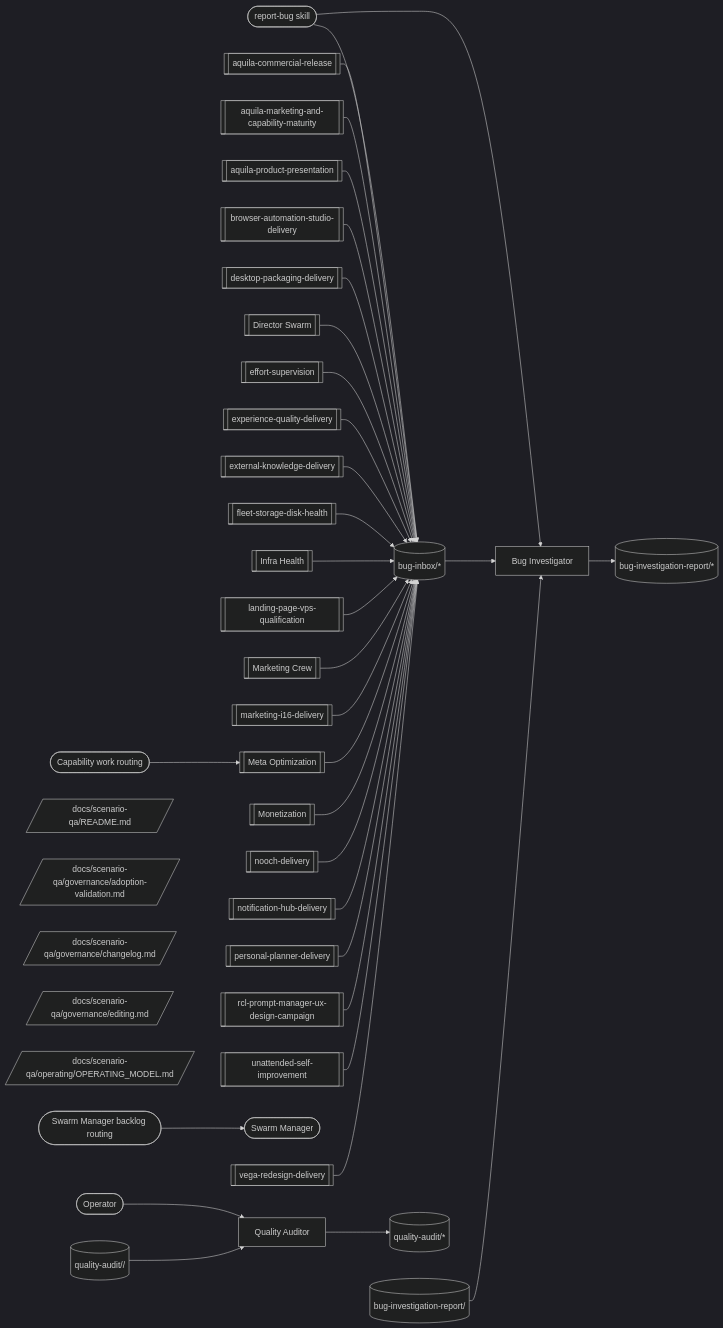
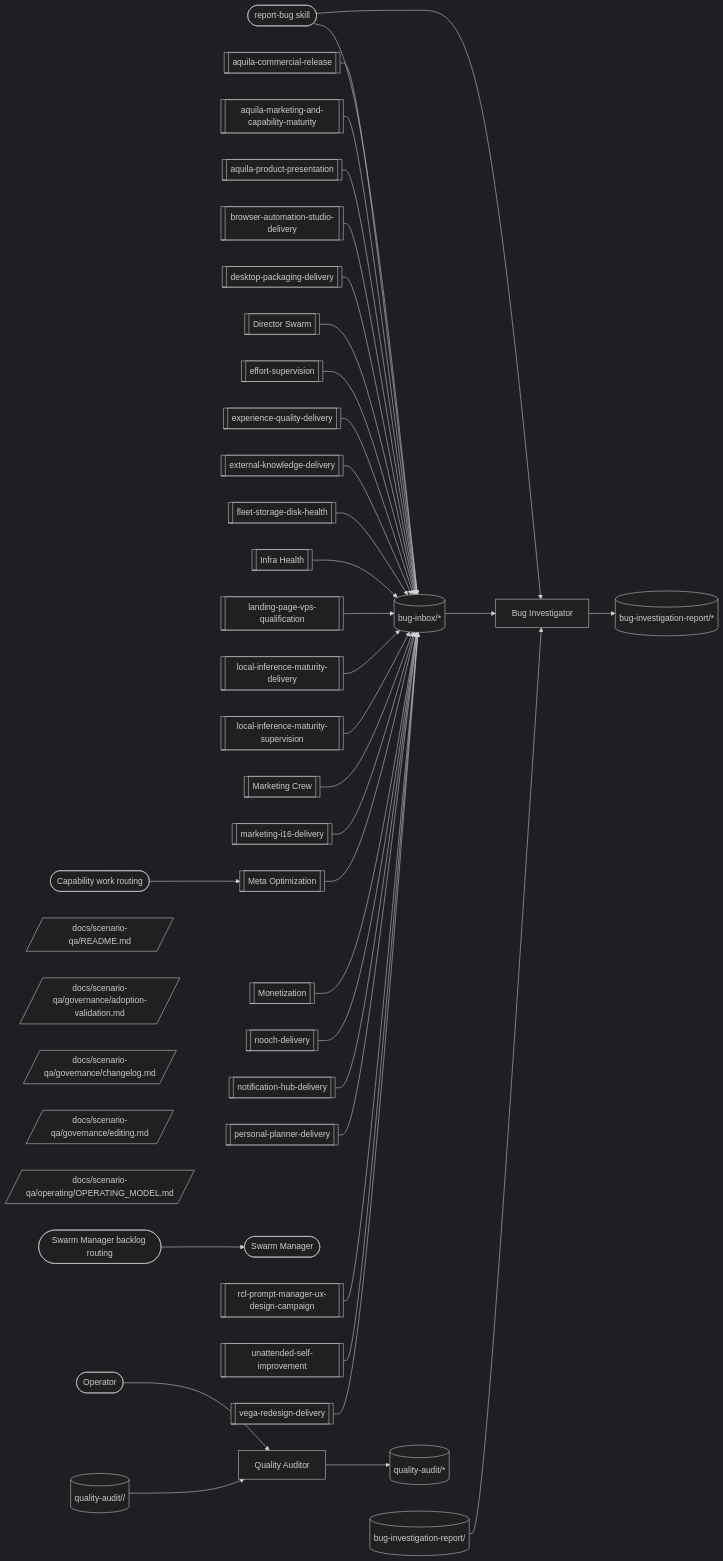
One commit to Vrooli/Vrooli changed the diagram in docs/scenario-qa/operating/OPERATING_MODEL.md. Above: the diagram before and after it, drawn with Mermaid (dark theme). The commit also changed 88 other files, not shown here.

```diff
--- a/docs/scenario-qa/operating/OPERATING_MODEL.md
+++ b/docs/scenario-qa/operating/OPERATING_MODEL.md
@@ -136,6 +136,10 @@
   UNATTENDEDSE[[unattended-self-improvement]]
   %% @node VEGAREDESIGN team:vega-redesign-delivery
   VEGAREDESIGN[[vega-redesign-delivery]]
+  %% @node LOCALINFEREN team:local-inference-maturity-delivery
+  LOCALINFEREN[[local-inference-maturity-delivery]]
+  %% @node LOCALINFEREN2 team:local-inference-maturity-supervision
+  LOCALINFEREN2[[local-inference-maturity-supervision]]
 
   OP --> QA
   RB --> BI
@@ -156,6 +160,8 @@
   FLEETSTORAGE --> BUGINBOX
   INFRA --> BUGINBOX
   LANDINGPAGEV --> BUGINBOX
+  LOCALINFEREN --> BUGINBOX
+  LOCALINFEREN2 --> BUGINBOX
   MKT --> BUGINBOX
   MARKETINGI16 --> BUGINBOX
   META_IN --> BUGINBOX
```
